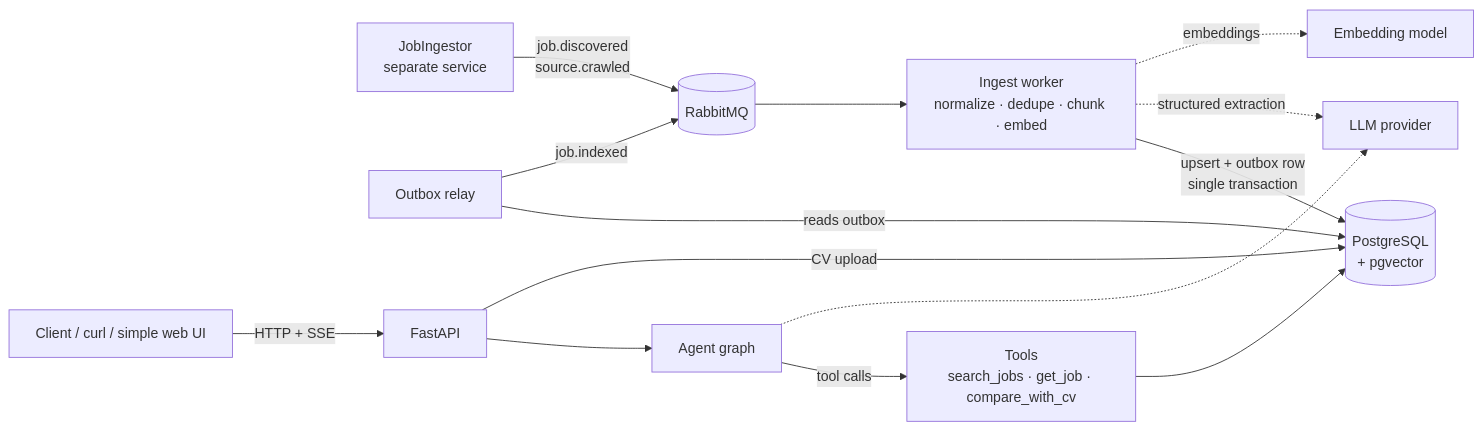
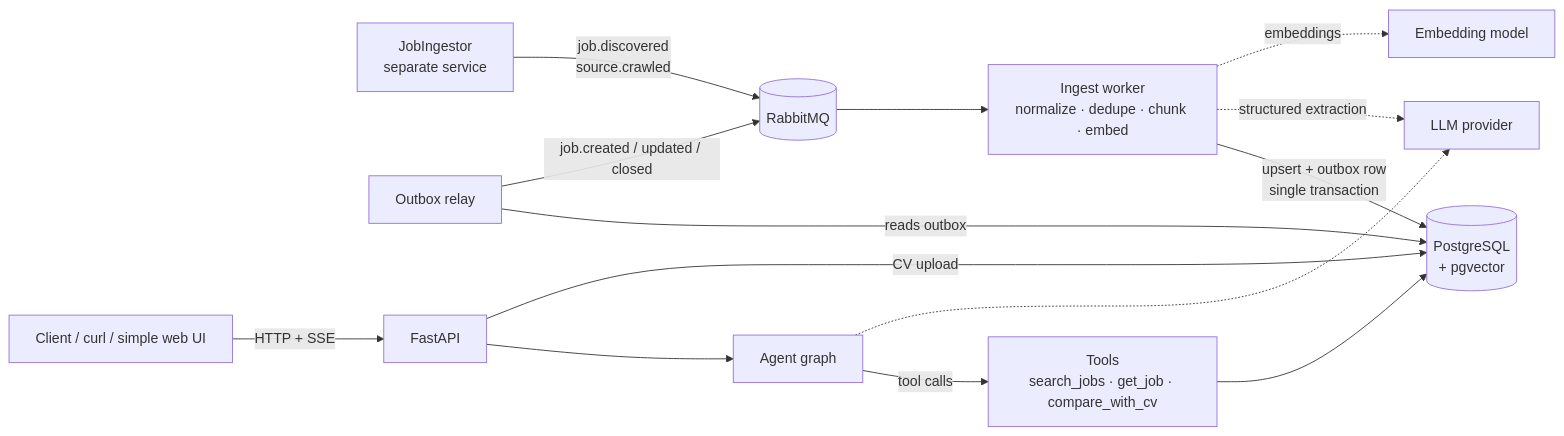
One commit to Rauden0/Projects changed the first of 2 diagrams in JobMatcher/ARCHITECTURE.md. Above: the diagram before and after it, drawn with Mermaid. The commit also changed other lines of this file and 1 other file, not shown here.

````diff
--- a/JobMatcher/ARCHITECTURE.md
+++ b/JobMatcher/ARCHITECTURE.md
@@ -16,19 +16,19 @@
 ```mermaid
 flowchart LR
     ING[JobIngestor<br/>separate service] -->|job.discovered<br/>source.crawled| MQ[(RabbitMQ)]
 
     MQ --> W[Ingest worker<br/>normalize · dedupe · chunk · embed]
     W -->|upsert + outbox row<br/>single transaction| PG[(PostgreSQL<br/>+ pgvector)]
     W -.->|structured extraction| LLM[LLM provider]
     W -.->|embeddings| EMB[Embedding model]
 
     REL[Outbox relay] -->|reads outbox| PG
-    REL -->|job.indexed| MQ
+    REL -->|job.created / updated / closed| MQ
 
     UI[Client / curl / simple web UI] -->|HTTP + SSE| API[FastAPI]
     API --> AG[Agent graph]
     AG -->|tool calls| T[Tools<br/>search_jobs · get_job · compare_with_cv]
     T --> PG
     AG -.-> LLM
     API -->|CV upload| PG
 ```
````
